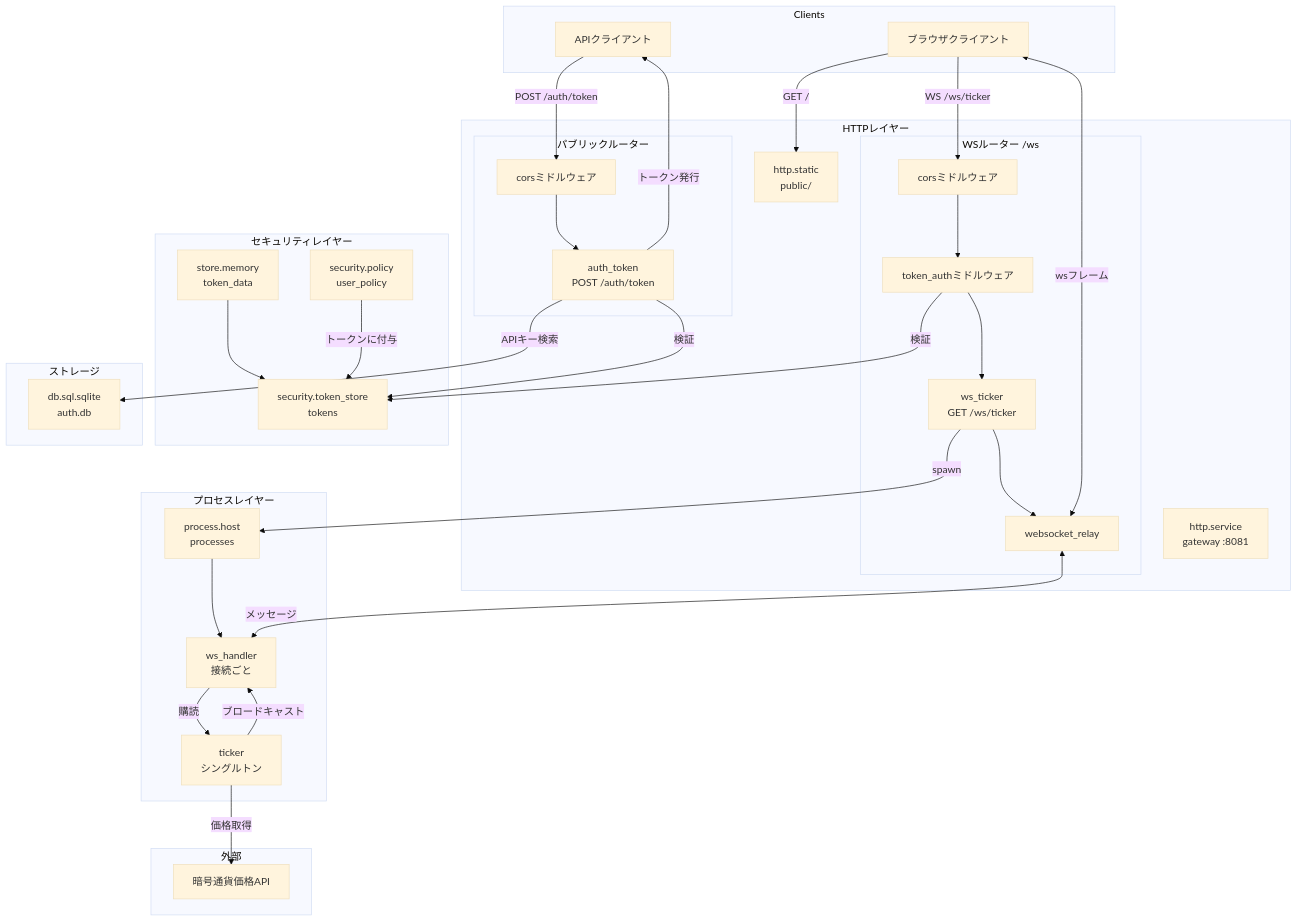
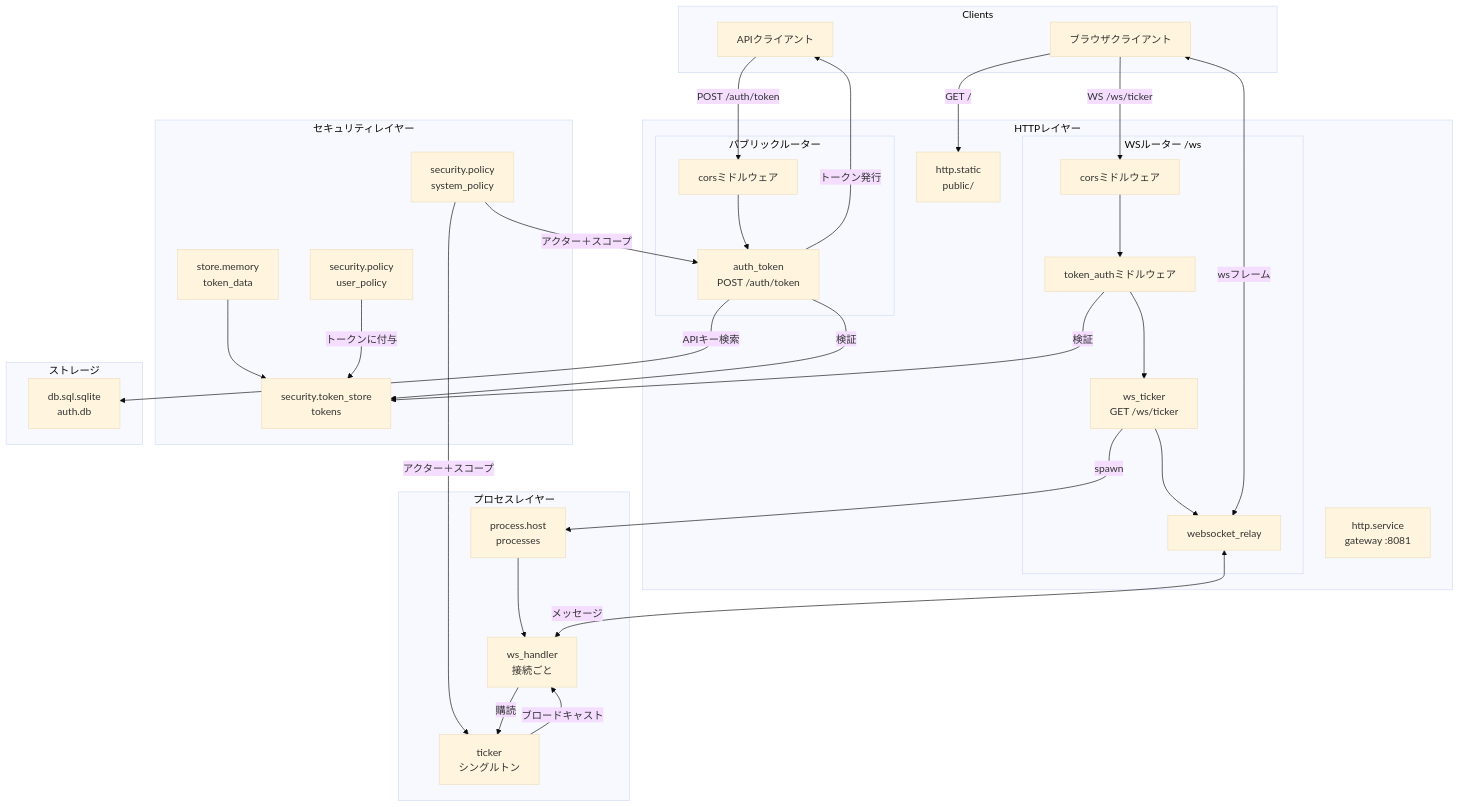
One commit to wippyai/docs changed the diagram in ja/tutorials/auth.md. Above: the diagram before and after it, drawn with Mermaid (base theme). The commit also changed other lines of this file and 143 other files, not shown here.

````diff
--- a/ja/tutorials/auth.md
+++ b/ja/tutorials/auth.md
@@ -36,71 +36,68 @@
 ```mermaid
 flowchart TB
     subgraph Clients
         Browser[ブラウザクライアント]
         API[APIクライアント]
     end
 
     subgraph "HTTPレイヤー"
         Server[http.service<br/>gateway :8081]
         Static[http.static<br/>public/]
 
         subgraph "パブリックルーター"
             CORS1[corsミドルウェア]
             AuthEndpoint[auth_token<br/>POST /auth/token]
         end
 
         subgraph "WSルーター /ws"
             CORS2[corsミドルウェア]
             TokenAuth[token_authミドルウェア]
             WSEndpoint[ws_ticker<br/>GET /ws/ticker]
             WSRelay[websocket_relay]
         end
     end
 
     subgraph "セキュリティレイヤー"
         TokenStore[security.token_store<br/>tokens]
         Policy[security.policy<br/>user_policy]
+        SysPolicy[security.policy<br/>system_policy]
         MemStore[store.memory<br/>token_data]
     end
 
     subgraph "ストレージ"
         DB[db.sql.sqlite<br/>auth.db]
     end
 
     subgraph "プロセスレイヤー"
         Supervisor[process.host<br/>processes]
         WSHandler[ws_handler<br/>接続ごと]
         Ticker[ticker<br/>シングルトン]
-    end
-
-    subgraph "外部"
-        CryptoAPI[暗号通貨価格API]
     end
 
     Browser -->|"GET /"| Static
     API -->|"POST /auth/token"| CORS1
     Browser -->|"WS /ws/ticker"| CORS2
 
     CORS1 --> AuthEndpoint
     AuthEndpoint -->|検証| TokenStore
     AuthEndpoint -->|"トークン発行"| API
 
     CORS2 --> TokenAuth
     TokenAuth -->|検証| TokenStore
     TokenAuth --> WSEndpoint
     WSEndpoint -->|spawn| Supervisor
     Supervisor --> WSHandler
     WSEndpoint --> WSRelay
     WSRelay <-->|"メッセージ"| WSHandler
 
     MemStore --> TokenStore
     Policy -->|トークンに付与| TokenStore
+    SysPolicy -->|"アクター＋スコープ"| AuthEndpoint
+    SysPolicy -->|"アクター＋スコープ"| Ticker
 
     AuthEndpoint -->|APIキー検索| DB
 
     WSHandler -->|購読| Ticker
     Ticker -->|ブロードキャスト| WSHandler
     WSRelay <-->|"wsフレーム"| Browser
-
-    Ticker -->|価格取得| CryptoAPI
 ```
````
